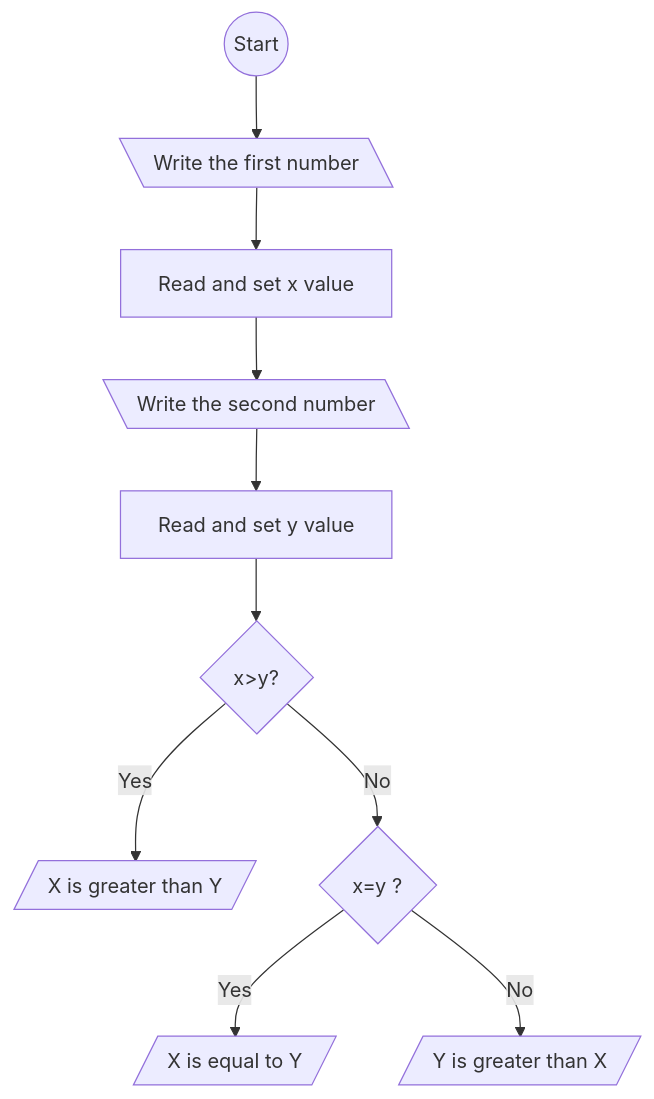
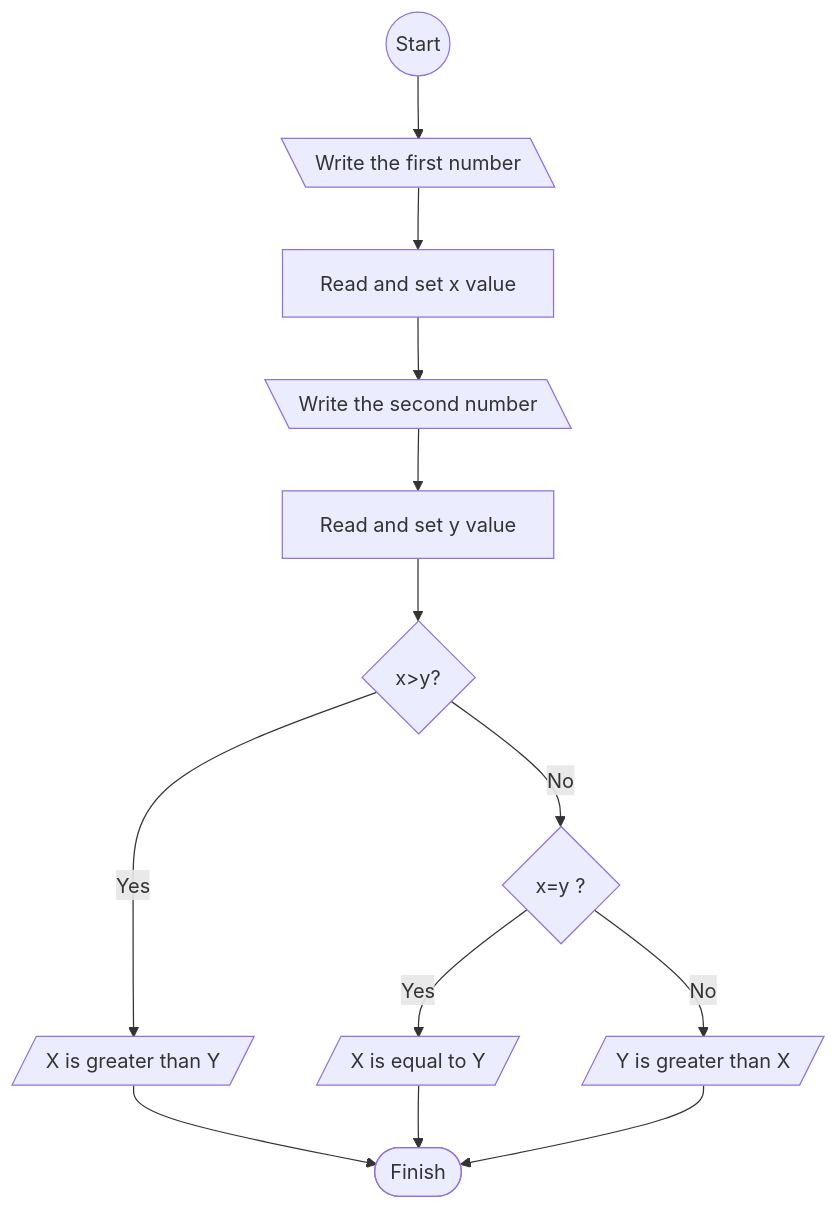
The sixth of 10 diagrams in Listas de Exercícios/LP_Lista_01/README.md (AndreLucas0/aula-LP), drawn with Mermaid before and after one commit. The commit also changed other lines of this file, not shown here.

````diff
--- a/Listas de Exercícios/LP_Lista_01/README.md
+++ b/Listas de Exercícios/LP_Lista_01/README.md
@@ -91,13 +91,16 @@
    ```mermaid
    flowchart TD
       Start((Start)) --> input1[\ Write the first number \]
        input1 --> value1[ Read and set x value ]
        value1 --> input2[\ Write the second number \]
        input2 --> value2[ Read and set y value ]
        value2 --> verification1{ x>y? }
        verification1 --> |Yes| A[/ X is greater than Y /]
        verification1 --> |No| verification2{ x=y ?}
        verification2 --> |Yes| B[/ X is equal to Y /]
        verification2 --> |No| C[/ Y is greater than X /]
+       A --> finish([ Finish ])
+       B --> finish
+       C --> finish
 
    ```
````
